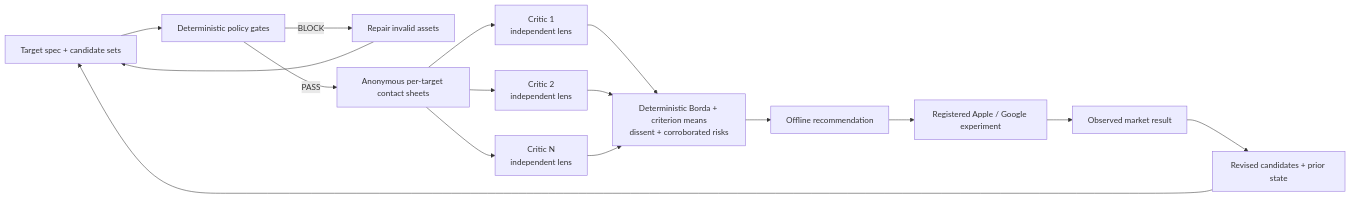
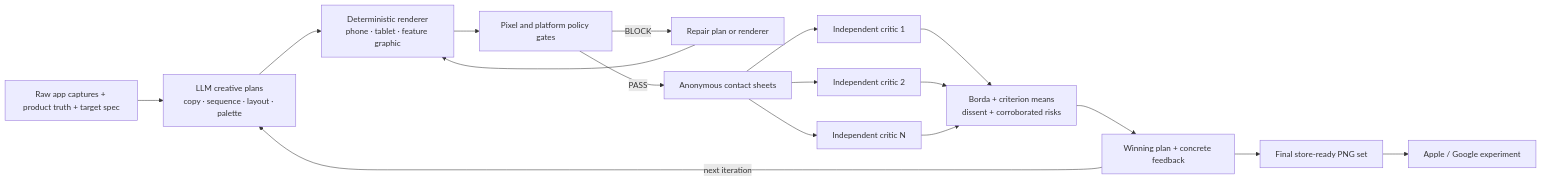
One commit to Loop-Suite/store-creative-loop changed the first of 3 diagrams in README.md. Above: the diagram before and after it, drawn with Mermaid. The commit also changed other lines of this file and 6 other files, not shown here.

````diff
--- a/README.md
+++ b/README.md
@@ -7,18 +9,19 @@
 ```mermaid
 flowchart LR
-    A["Target spec + candidate sets"] --> B["Deterministic policy gates"]
-    B -->|"BLOCK"| X["Repair invalid assets"]
-    X --> A
-    B -->|"PASS"| C["Anonymous per-target contact sheets"]
-    C --> D1["Critic 1<br/>independent lens"]
-    C --> D2["Critic 2<br/>independent lens"]
-    C --> D3["Critic N<br/>independent lens"]
-    D1 --> E["Deterministic Borda + criterion means<br/>dissent + corroborated risks"]
-    D2 --> E
-    D3 --> E
-    E --> F["Offline recommendation"]
-    F --> G["Registered Apple / Google experiment"]
-    G --> H["Observed market result"]
-    H --> I["Revised candidates + prior state"]
-    I --> A
+    A["Raw app captures + product truth + target spec"] --> B["LLM creative plans<br/>copy · sequence · layout · palette"]
+    B --> C["Deterministic renderer<br/>phone · tablet · feature graphic"]
+    C --> D["Pixel and platform policy gates"]
+    D -->|"BLOCK"| E["Repair plan or renderer"]
+    E --> C
+    D -->|"PASS"| F["Anonymous contact sheets"]
+    F --> G1["Independent critic 1"]
+    F --> G2["Independent critic 2"]
+    F --> G3["Independent critic N"]
+    G1 --> H["Borda + criterion means<br/>dissent + corroborated risks"]
+    G2 --> H
+    G3 --> H
+    H --> I["Winning plan + concrete feedback"]
+    I -->|"next iteration"| B
+    I --> J["Final store-ready PNG set"]
+    J --> K["Apple / Google experiment"]
 ```
````
